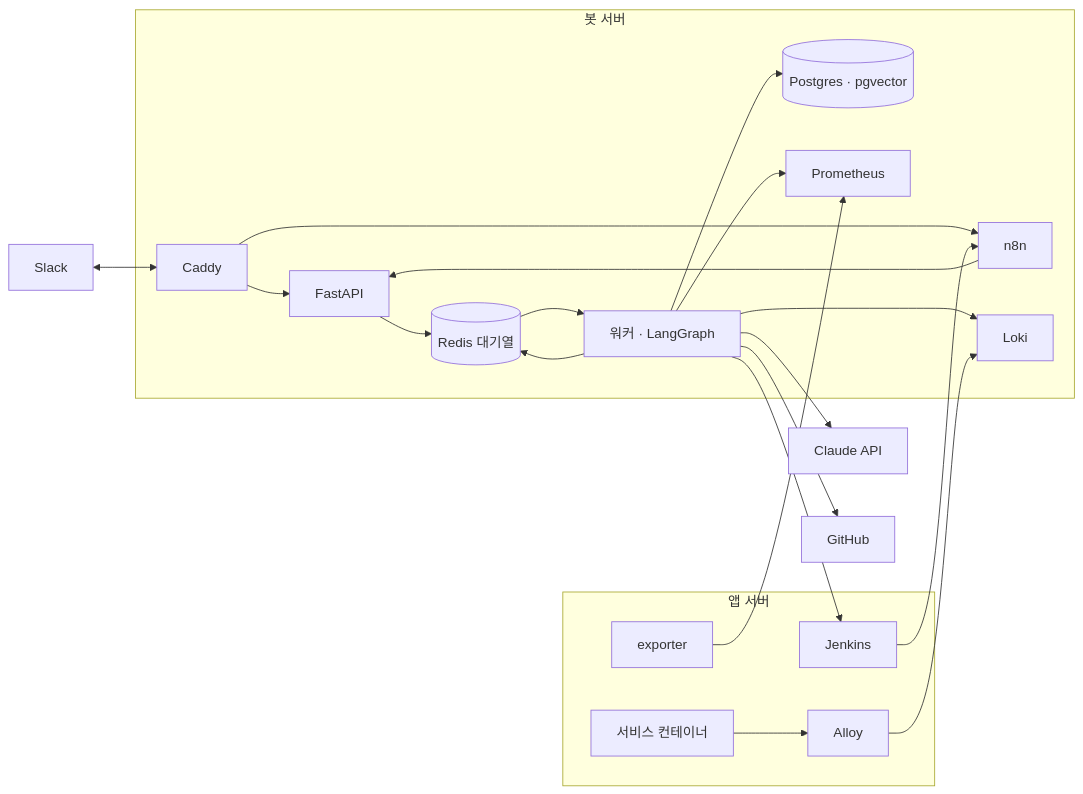
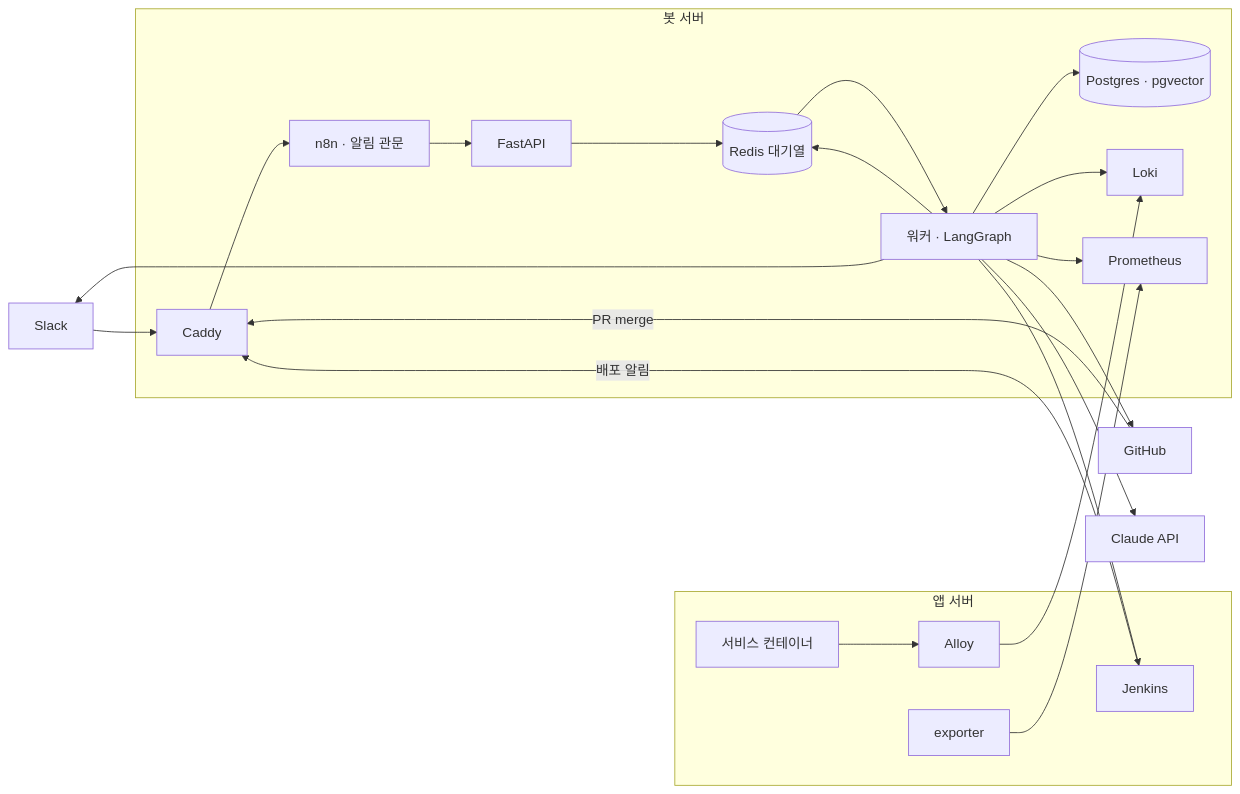
Before and after one commit to DooDooLee/project-bot: the diagram in README.md, drawn with Mermaid. The commit also changed other lines of this file and 8 other files, not shown here.

````diff
--- a/README.md
+++ b/README.md
@@ -18,21 +18,22 @@
 ```mermaid
 flowchart LR
-    Slack <--> Caddy
+    Slack --> Caddy
+    GitHub -- PR merge --> Caddy
     subgraph 봇 서버
-        Caddy --> API[FastAPI]
-        Caddy --> n8n --> API
+        Caddy --> n8n[n8n · 알림 관문] --> API[FastAPI]
         API --> Q[(Redis 대기열)] --> W[워커 · LangGraph]
         W --> PG[(Postgres · pgvector)]
         W --> Q
         W --> Loki
         W --> Prom[Prometheus]
     end
     subgraph 앱 서버
         App[서비스 컨테이너] --> Alloy --> Loki
         Exp[exporter] --> Prom
-        Jenkins --> n8n
+        Jenkins -- 배포 알림 --> Caddy
     end
+    W --> Slack
     W --> Claude[Claude API]
     W --> GitHub
     W --> Jenkins
 ```
````
